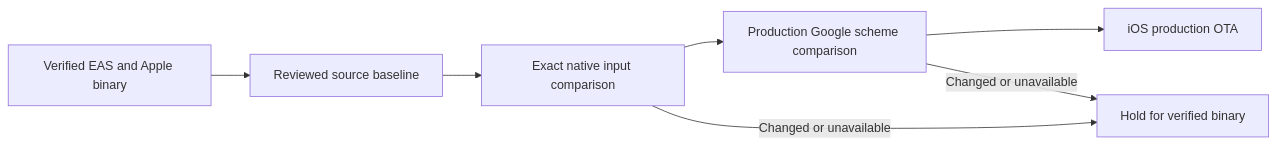
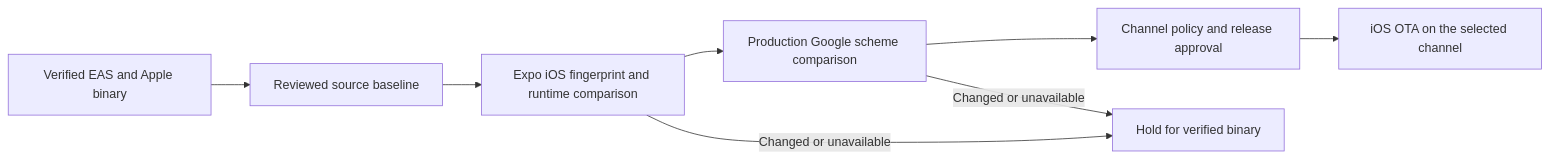
Before and after one commit to dgmolla/fitsy: the diagram in docs/engineering/devops/ios-ota-baseline.md, drawn with Mermaid. The commit also changed other lines of this file and 21 other files, not shown here.

Commit message:
EAS Update (OTA) as a core release path: fingerprint check + TestFlight channel (#619)

````diff
--- a/docs/engineering/devops/ios-ota-baseline.md
+++ b/docs/engineering/devops/ios-ota-baseline.md
@@ -7,9 +8,10 @@
 ```mermaid
 flowchart LR
   B[Verified EAS and Apple binary] --> R[Reviewed source baseline]
-  R --> G[Exact native input comparison]
+  R --> G[Expo iOS fingerprint and runtime comparison]
   G --> E[Production Google scheme comparison]
-  E --> O[iOS production OTA]
+  E --> P[Channel policy and release approval]
+  P --> O[iOS OTA on the selected channel]
   G -->|Changed or unavailable| H[Hold for verified binary]
   E -->|Changed or unavailable| H
 ```
````
